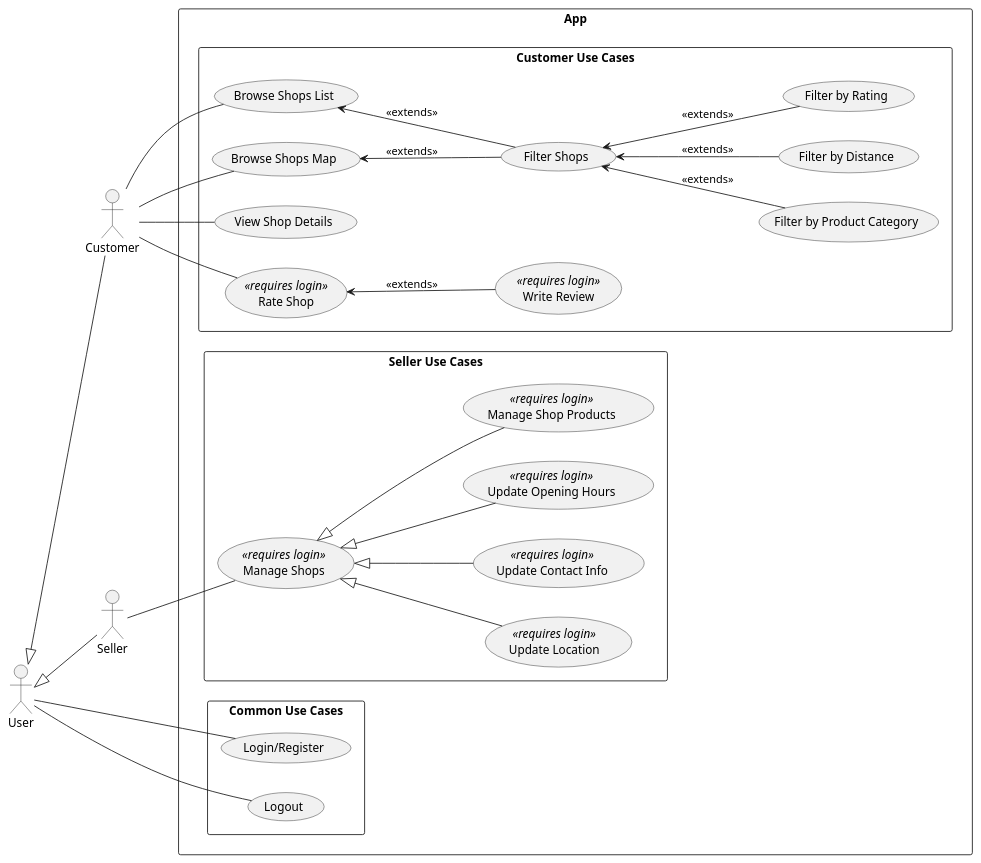
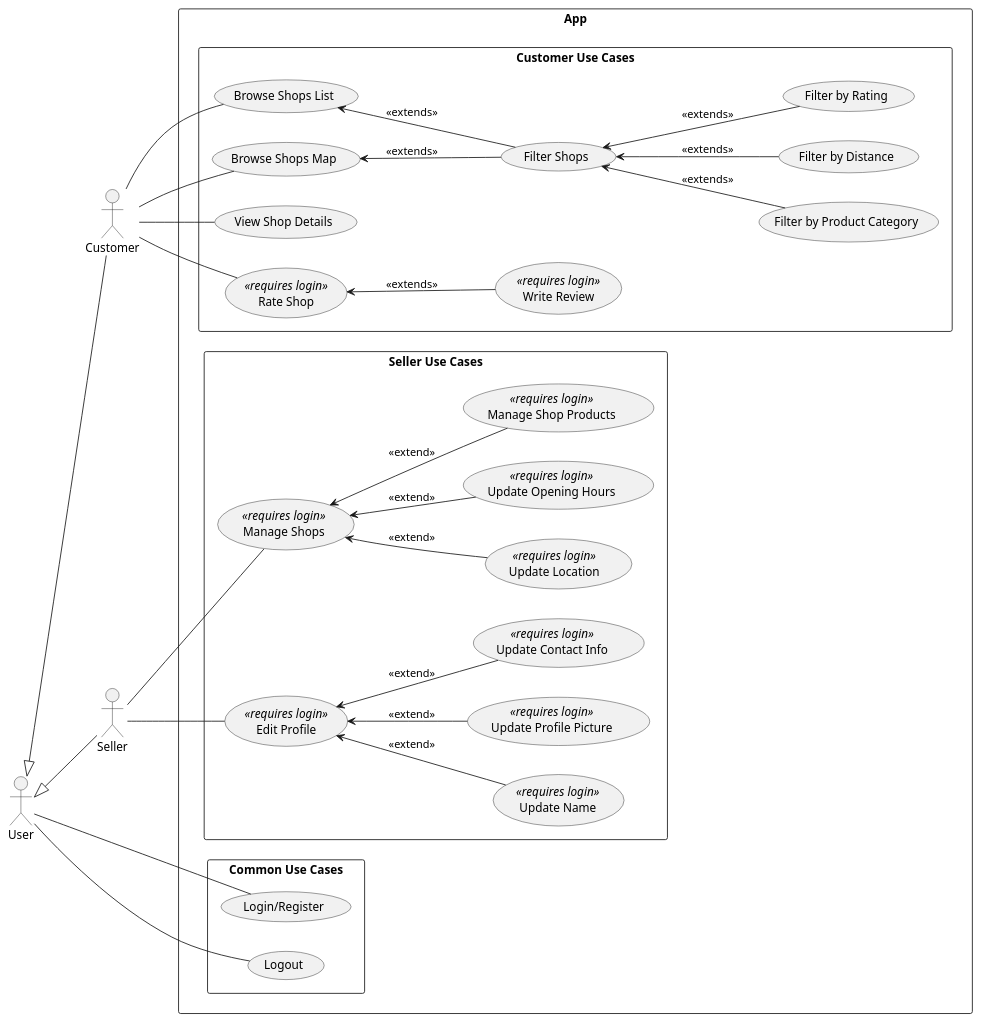
One commit to tondracek/my-farmer changed the diagram in docs/diagram/use_case_diagram.puml. Above: the diagram before and after it, drawn with PlantUML.

Commit message:
feat: added EditProfile to use_case_diagram.puml

```diff
--- a/docs/diagram/use_case_diagram.puml
+++ b/docs/diagram/use_case_diagram.puml
@@ -1,71 +1,82 @@
 @startuml
 
 skinparam backgroundColor #FFFFFF
 left to right direction
 
 actor "User" as User
 actor "Customer" as Customer
 actor "Seller" as Seller
 
 User <|-- Customer
 User <|-- Seller
 
 rectangle "App" {
 
   rectangle "Common Use Cases" {
 
     usecase "Login/Register" as LoginRegisterCustomer
     usecase "Logout" as LogoutCustomer
 
     User -- LoginRegisterCustomer
     User -- LogoutCustomer
   }
 
   rectangle "Customer Use Cases" {
 
     usecase "Browse Shops List" as BrowseShopsList
     usecase "Browse Shops Map" as BrowseShopsMap
     usecase "View Shop Details" as ViewShopDetails
 
     usecase "Filter Shops" as FilterShops
 
     usecase "Filter by Product Category" as FilterByCategory
     usecase "Filter by Distance" as FilterByDistance
     usecase "Filter by Rating" as FilterByRating
 
     usecase "Rate Shop" as RateShop <<requires login>>
     usecase "Write Review" as WriteReview <<requires login>>
 
     Customer -- BrowseShopsList
     Customer -- BrowseShopsMap
 
     BrowseShopsList <-- FilterShops : <<extends>>
     BrowseShopsMap <-- FilterShops : <<extends>>
 
     FilterShops <-- FilterByCategory : <<extends>>
     FilterShops <-- FilterByDistance : <<extends>>
     FilterShops <-- FilterByRating : <<extends>>
 
     Customer -- ViewShopDetails
     Customer -- RateShop
     RateShop <-- WriteReview : <<extends>>
   }
 
   rectangle "Seller Use Cases" {
+
     usecase "Manage Shops" as ManageShops <<requires login>>
 
     usecase "Update Location" as UpdateLocation <<requires login>>
-    usecase "Update Contact Info" as UpdateContactInfo <<requires login>>
     usecase "Update Opening Hours" as UpdateOpeningHours <<requires login>>
     usecase "Manage Shop Products" as ManageShopProducts <<requires login>>
 
+    usecase "Edit Profile" as EditProfile <<requires login>>
+
+    usecase "Update Name" as UpdateName <<requires login>>
+    usecase "Update Profile Picture" as UpdateProfilePicture <<requires login>>
+    usecase "Update Contact Info" as UpdateContactInfo <<requires login>>
+
     Seller -- ManageShops
 
-    ManageShops <|-- UpdateLocation
-    ManageShops <|-- UpdateContactInfo
-    ManageShops <|-- UpdateOpeningHours
-    ManageShops <|-- ManageShopProducts
+    ManageShops <-- UpdateLocation : <<extend>>
+    ManageShops <-- UpdateOpeningHours : <<extend>>
+    ManageShops <-- ManageShopProducts : <<extend>>
+
+    Seller -- EditProfile
+
+    EditProfile <-- UpdateName : <<extend>>
+    EditProfile <-- UpdateProfilePicture : <<extend>>
+    EditProfile <-- UpdateContactInfo : <<extend>>
   }
 }
 
 @enduml
```
